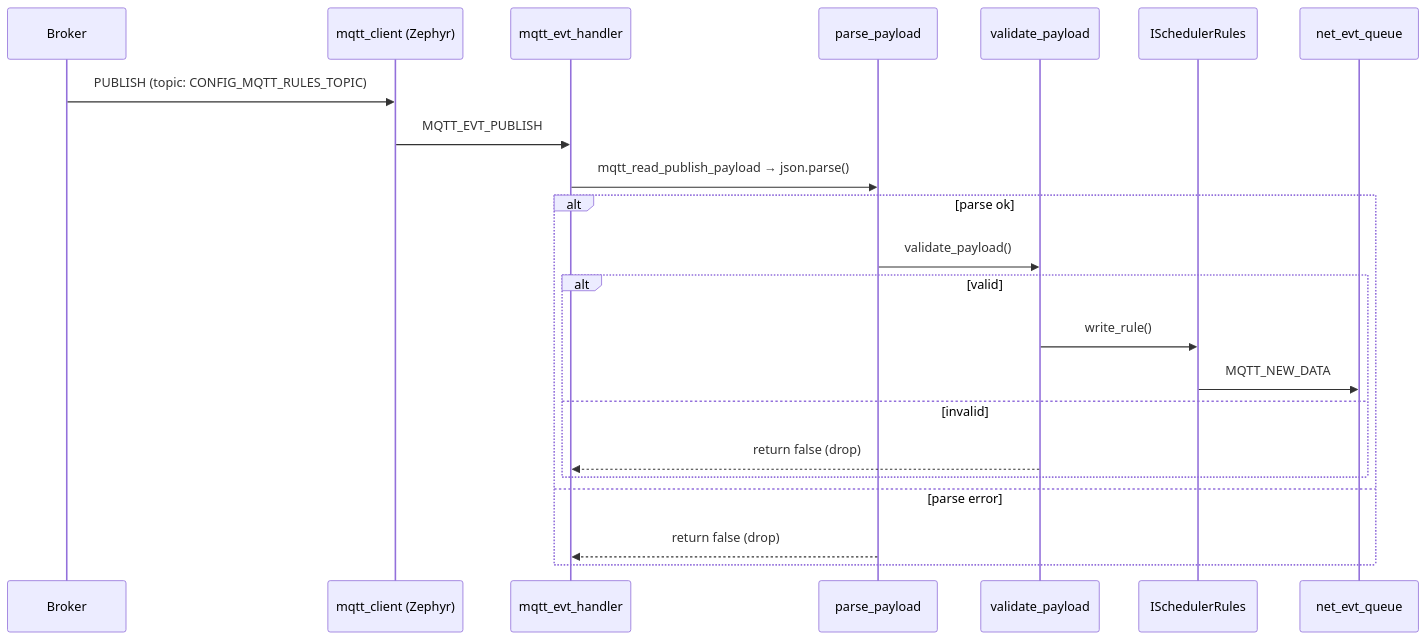
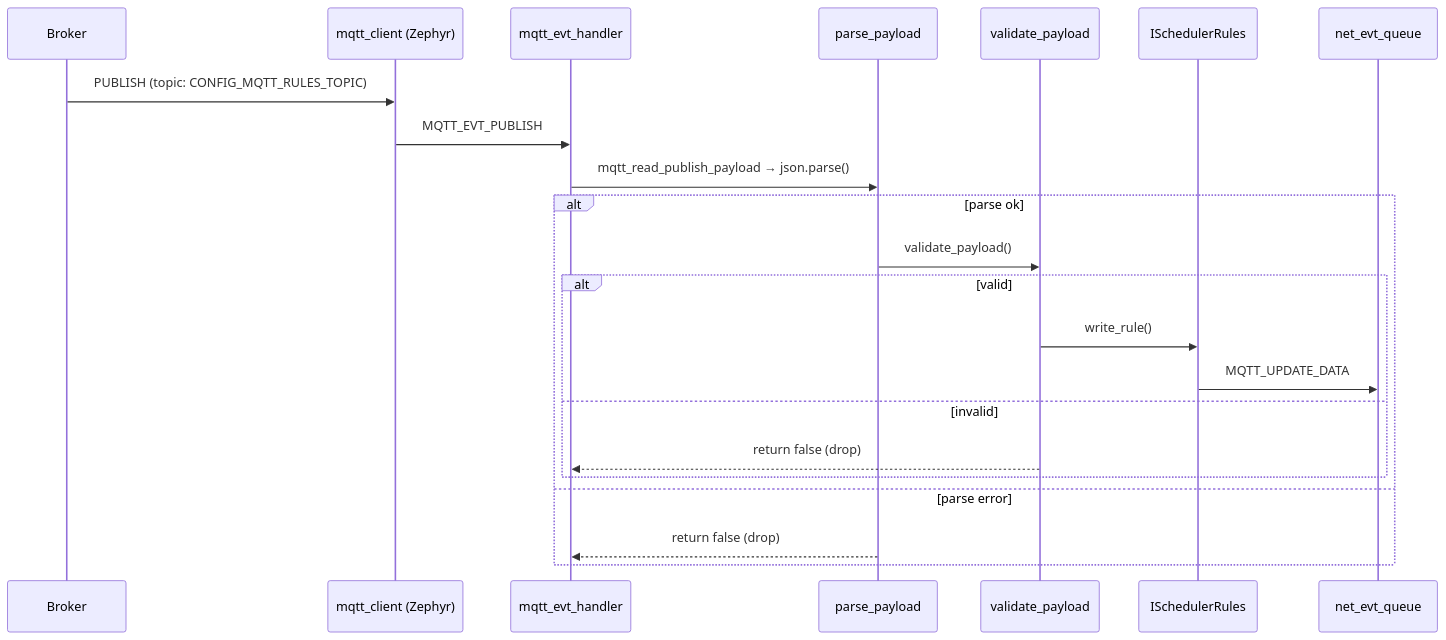
One commit to EliasFIlho/Automatic_pet_feeder changed the second of 2 diagrams in src/network/mqtt/README.md. Above: the diagram before and after it, drawn with Mermaid. The commit also changed other lines of this file and 9 other files, not shown here.

````diff
--- a/src/network/mqtt/README.md
+++ b/src/network/mqtt/README.md
@@ -57,25 +57,25 @@
 ```mermaid
 sequenceDiagram
     participant BRK as Broker
     participant CTX as mqtt_client (Zephyr)
     participant CB  as mqtt_evt_handler
     participant PRS as parse_payload
     participant VAL as validate_payload
     participant RS  as ISchedulerRules
     participant Q   as net_evt_queue
 
     BRK->>CTX: PUBLISH (topic: CONFIG_MQTT_RULES_TOPIC)
     CTX->>CB: MQTT_EVT_PUBLISH
     CB->>PRS: mqtt_read_publish_payload → json.parse()
     alt parse ok
         PRS->>VAL: validate_payload()
         alt valid
             VAL->>RS: write_rule()
-            RS->>Q: MQTT_NEW_DATA
+            RS->>Q: MQTT_UPDATE_DATA
         else invalid
             VAL-->>CB: return false (drop)
         end
     else parse error
         PRS-->>CB: return false (drop)
     end
 ```
````
